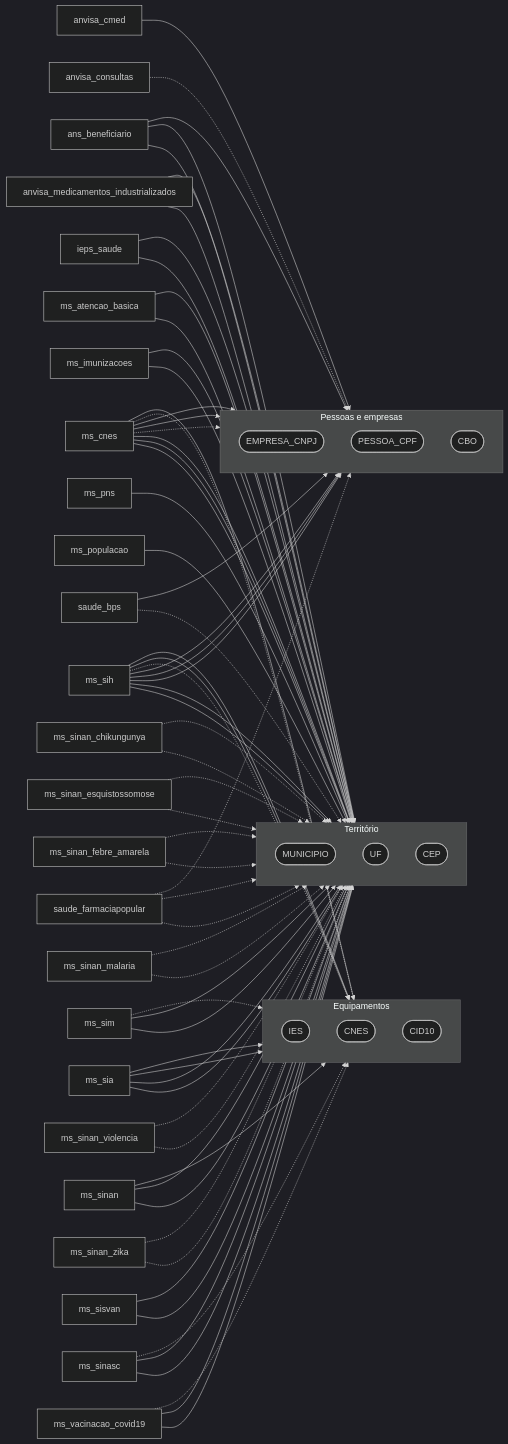
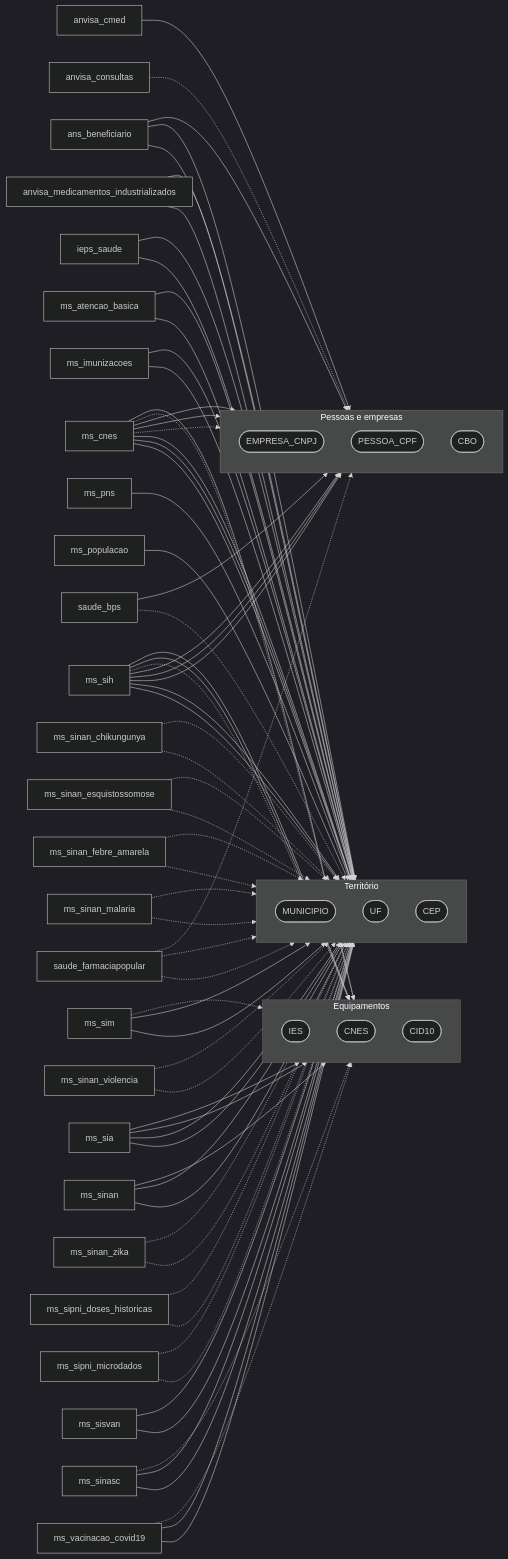
One commit to rafapolo/rodado changed the third of 12 diagrams in docs/mapa/Flow.md. Above: the diagram before and after it, drawn with Mermaid (dark theme). The commit also changed other lines of this file and 24 other files, not shown here.

```diff
--- a/docs/mapa/Flow.md
+++ b/docs/mapa/Flow.md
@@ -197,6 +198,8 @@
     saude_br_ms_sinan_violencia["ms_sinan_violencia"]
     saude_br_ms_sinan_zika["ms_sinan_zika"]
     saude_br_ms_sinasc["ms_sinasc"]
+    saude_br_ms_sipni_doses_historicas["ms_sipni_doses_historicas"]
+    saude_br_ms_sipni_microdados["ms_sipni_microdados"]
     saude_br_ms_sisvan["ms_sisvan"]
     saude_br_ms_vacinacao_covid19["ms_vacinacao_covid19"]
     saude_br_saude_bps["saude_bps"]
@@ -275,6 +278,10 @@
     saude_br_ms_sinasc -.-> saude_CNES
     saude_br_ms_sinasc --> saude_MUNICIPIO
     saude_br_ms_sinasc --> saude_UF
+    saude_br_ms_sipni_doses_historicas -.-> saude_MUNICIPIO
+    saude_br_ms_sipni_doses_historicas -.-> saude_UF
+    saude_br_ms_sipni_microdados -.-> saude_MUNICIPIO
+    saude_br_ms_sipni_microdados -.-> saude_UF
     saude_br_ms_sisvan --> saude_MUNICIPIO
     saude_br_ms_sisvan --> saude_UF
     saude_br_ms_vacinacao_covid19 -.-> saude_CNES
```
